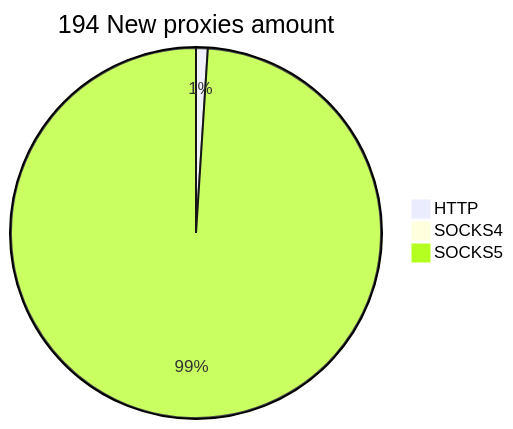
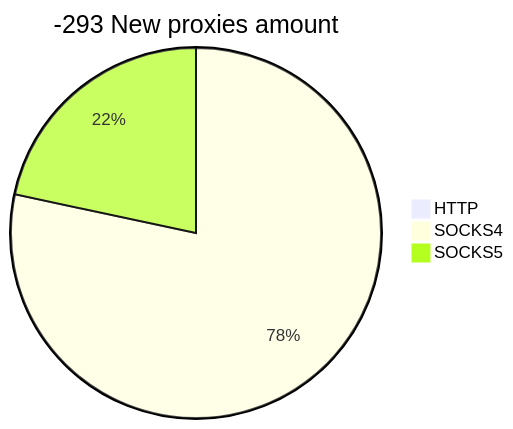
One commit to cutipu/proxylist changed the second of 2 diagrams in README.md. Above: the diagram before and after it, drawn with Mermaid. The commit also changed other lines of this file, not shown here.

````diff
--- a/README.md
+++ b/README.md
@@ -10,6 +10,6 @@
 ```mermaid
-pie title 194 New proxies amount
-    "HTTP" : 2
-    "SOCKS4" : 0
-    "SOCKS5" : 194
+pie title -293 New proxies amount
+    "HTTP" : 0
+    "SOCKS4" : 76
+    "SOCKS5" : 21
 ```
````
